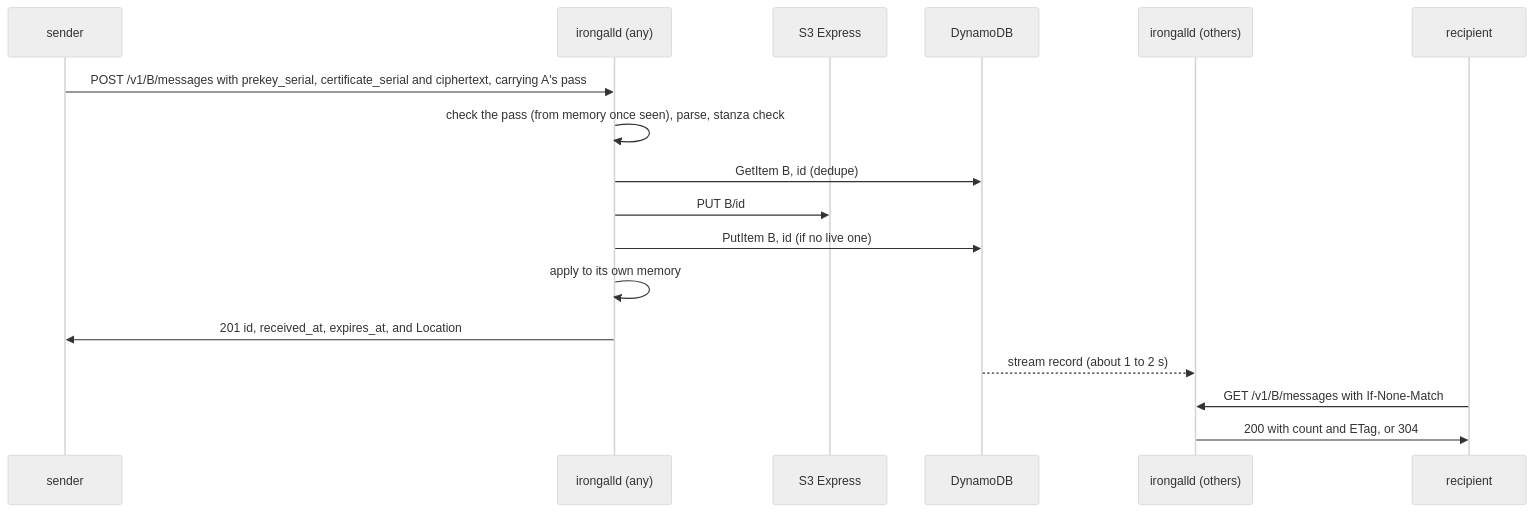
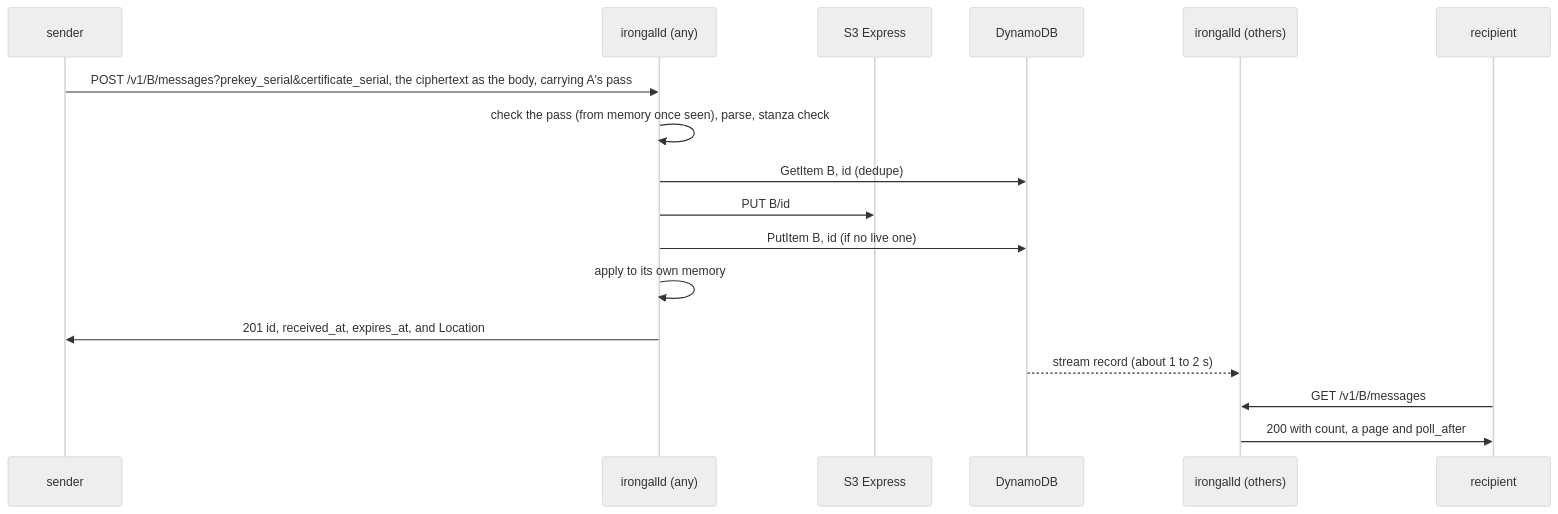
One commit to IronGall-dev/irongall-server changed the second of 2 diagrams in ARCHITECTURE.md. Above: the diagram before and after it, drawn with Mermaid (neutral theme). The commit also changed other lines of this file and 37 other files, not shown here.

````diff
--- a/ARCHITECTURE.md
+++ b/ARCHITECTURE.md
@@ -138,19 +136,19 @@
 ```mermaid
 sequenceDiagram
   participant A as sender
   participant P1 as irongalld (any)
   participant S3 as S3 Express
   participant D as DynamoDB
   participant P2 as irongalld (others)
   participant B as recipient
-  A->>P1: POST /v1/B/messages with prekey_serial, certificate_serial and ciphertext, carrying A's pass
+  A->>P1: POST /v1/B/messages?prekey_serial&certificate_serial, the ciphertext as the body, carrying A's pass
   P1->>P1: check the pass (from memory once seen), parse, stanza check
   P1->>D: GetItem B, id (dedupe)
   P1->>S3: PUT B/id
   P1->>D: PutItem B, id (if no live one)
   P1->>P1: apply to its own memory
   P1->>A: 201 id, received_at, expires_at, and Location
   D-->>P2: stream record (about 1 to 2 s)
-  B->>P2: GET /v1/B/messages with If-None-Match
-  P2->>B: 200 with count and ETag, or 304
+  B->>P2: GET /v1/B/messages
+  P2->>B: 200 with count, a page and poll_after
 ```
````
